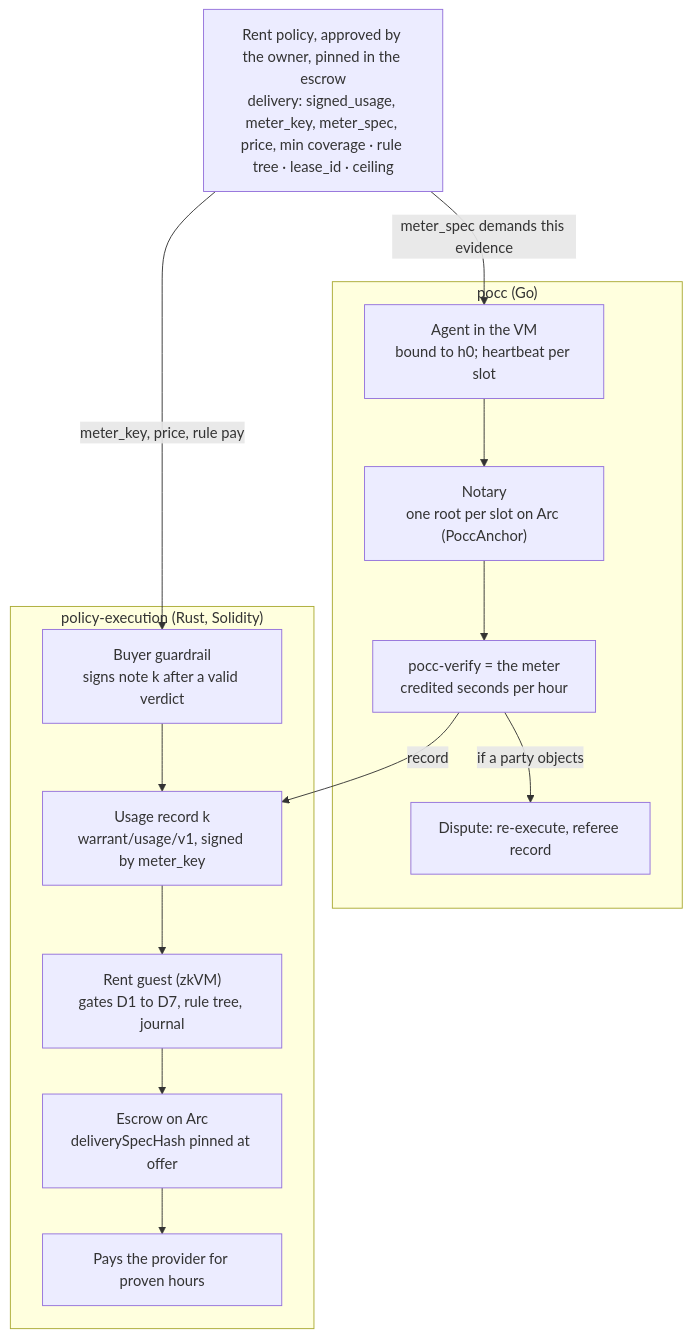
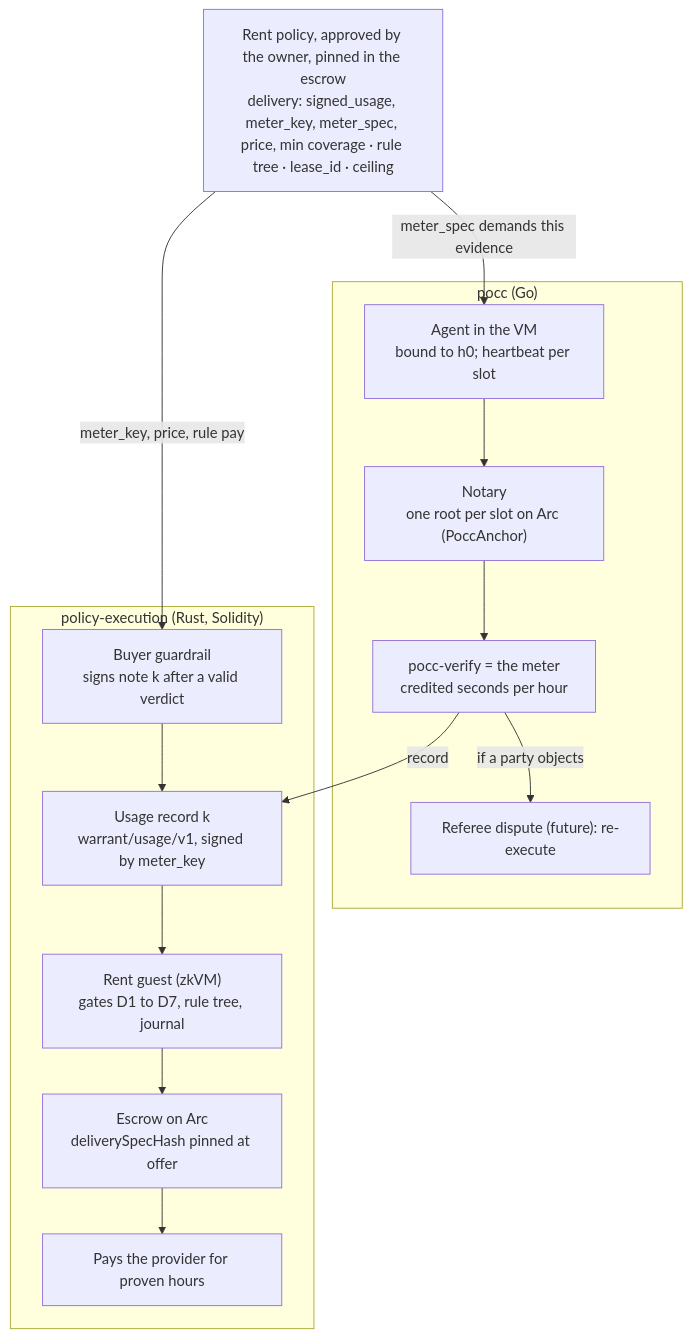
One commit to mnemonik-xyz/pocc changed the diagram in docs/warrant-integration.md. Above: the diagram before and after it, drawn with Mermaid. The commit also changed other lines of this file and 2 other files, not shown here.

First line of the commit message:
docs: separate the dispute mechanism from the referee dispute; scope by mode

````diff
--- a/docs/warrant-integration.md
+++ b/docs/warrant-integration.md
@@ -53,23 +54,23 @@
 ```mermaid
 flowchart TB
     POL["Rent policy, approved by the owner, pinned in the escrow<br/>delivery: signed_usage, meter_key, meter_spec, price, min coverage · rule tree · lease_id · ceiling"]
     subgraph PC["pocc (Go)"]
         AG["Agent in the VM<br/>bound to h0; heartbeat per slot"]
         NT["Notary<br/>one root per slot on Arc (PoccAnchor)"]
         VF["pocc-verify = the meter<br/>credited seconds per hour"]
-        DS["Dispute: re-execute, referee record"]
+        DS["Referee dispute (future): re-execute"]
         AG --> NT --> VF
         VF -- "if a party objects" --> DS
     end
     subgraph PE["policy-execution (Rust, Solidity)"]
         GD["Buyer guardrail<br/>signs note k after a valid verdict"]
         UR["Usage record k<br/>warrant/usage/v1, signed by meter_key"]
         GU["Rent guest (zkVM)<br/>gates D1 to D7, rule tree, journal"]
         ES["Escrow on Arc<br/>deliverySpecHash pinned at offer"]
         PAY["Pays the provider for proven hours"]
         GD --> UR --> GU --> ES --> PAY
     end
     POL -- "meter_spec demands this evidence" --> AG
     POL -- "meter_key, price, rule pay" --> GD
     VF -- "record" --> UR
 ```
````
